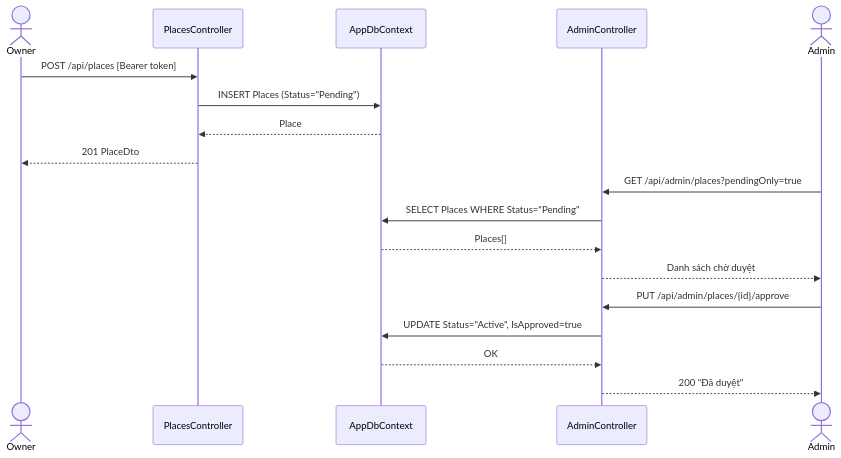
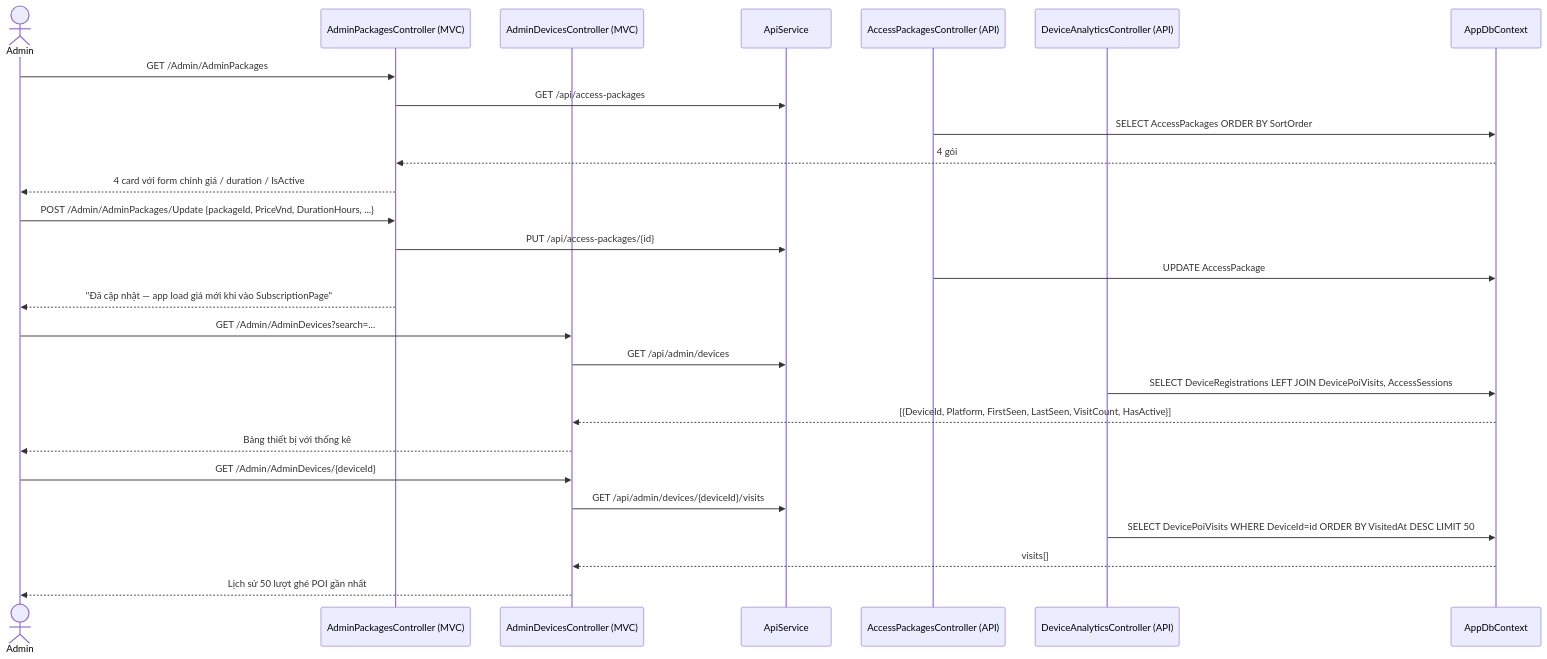
Diagram 16 of 22 in PRD.md (MTai55/TourguideProjectApp), drawn with Mermaid before and after one commit. The commit also changed other lines of this file and 2 other files, not shown here.

````diff
--- a/PRD.md
+++ b/PRD.md
@@ -1385,23 +1792,33 @@
 ```mermaid
 sequenceDiagram
-    actor Owner
-    participant PlacesController
-    participant AppDbContext
-    participant AdminController
     actor Admin
+    participant PkgMVC as AdminPackagesController (MVC)
+    participant DevMVC as AdminDevicesController (MVC)
+    participant API as ApiService
+    participant PkgAPI as AccessPackagesController (API)
+    participant DevAPI as DeviceAnalyticsController (API)
+    participant DB as AppDbContext
 
-    Owner->>PlacesController: POST /api/places [Bearer token]
-    PlacesController->>AppDbContext: INSERT Places (Status="Pending")
-    AppDbContext-->>PlacesController: Place
-    PlacesController-->>Owner: 201 PlaceDto
+    Admin->>PkgMVC: GET /Admin/AdminPackages
+    PkgMVC->>API: GET /api/access-packages
+    PkgAPI->>DB: SELECT AccessPackages ORDER BY SortOrder
+    DB-->>PkgMVC: 4 gói
+    PkgMVC-->>Admin: 4 card với form chỉnh giá / duration / IsActive
 
-    Admin->>AdminController: GET /api/admin/places?pendingOnly=true
-    AdminController->>AppDbContext: SELECT Places WHERE Status="Pending"
-    AppDbContext-->>AdminController: Places[]
-    AdminController-->>Admin: Danh sách chờ duyệt
+    Admin->>PkgMVC: POST /Admin/AdminPackages/Update {packageId, PriceVnd, DurationHours, ...}
+    PkgMVC->>API: PUT /api/access-packages/{id}
+    PkgAPI->>DB: UPDATE AccessPackage
+    PkgMVC-->>Admin: "Đã cập nhật — app load giá mới khi vào SubscriptionPage"
 
-    Admin->>AdminController: PUT /api/admin/places/{id}/approve
-    AdminController->>AppDbContext: UPDATE Status="Active", IsApproved=true
-    AppDbContext-->>AdminController: OK
-    AdminController-->>Admin: 200 "Đã duyệt"
+    Admin->>DevMVC: GET /Admin/AdminDevices?search=...
+    DevMVC->>API: GET /api/admin/devices
+    DevAPI->>DB: SELECT DeviceRegistrations LEFT JOIN DevicePoiVisits, AccessSessions
+    DB-->>DevMVC: [{DeviceId, Platform, FirstSeen, LastSeen, VisitCount, HasActive}]
+    DevMVC-->>Admin: Bảng thiết bị với thống kê
+
+    Admin->>DevMVC: GET /Admin/AdminDevices/{deviceId}
+    DevMVC->>API: GET /api/admin/devices/{deviceId}/visits
+    DevAPI->>DB: SELECT DevicePoiVisits WHERE DeviceId=id ORDER BY VisitedAt DESC LIMIT 50
+    DB-->>DevMVC: visits[]
+    DevMVC-->>Admin: Lịch sử 50 lượt ghé POI gần nhất
 ```
````
